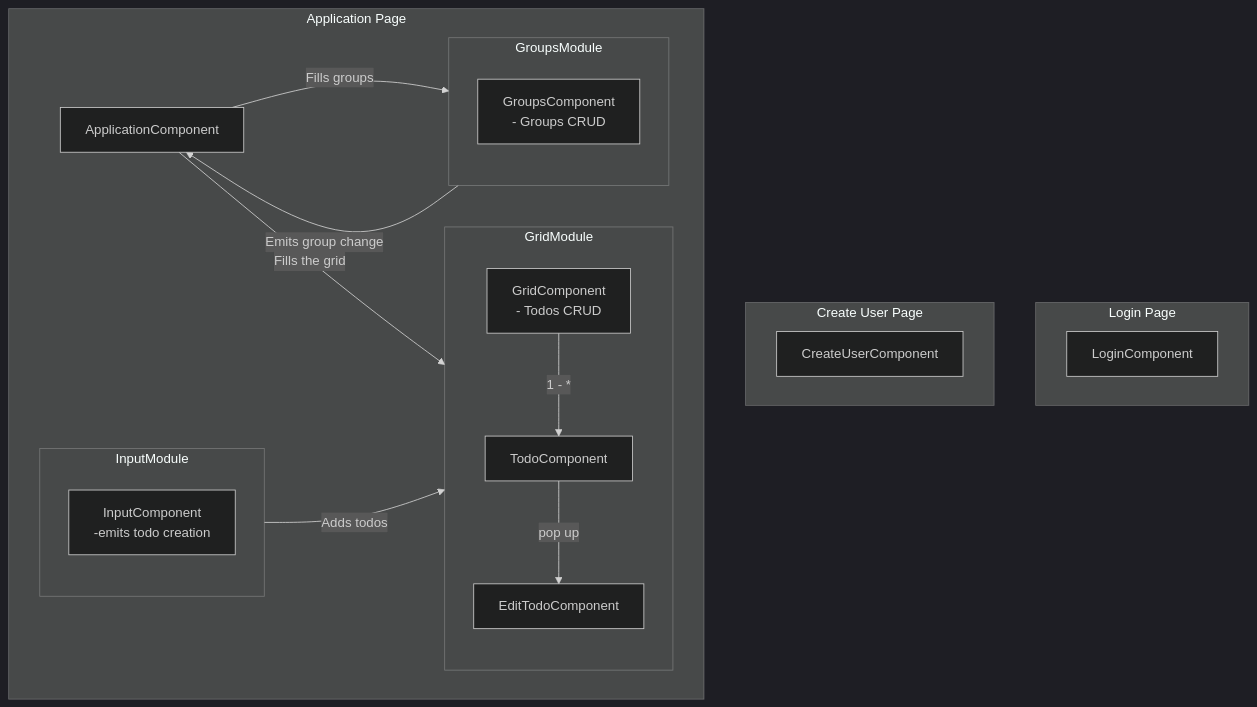
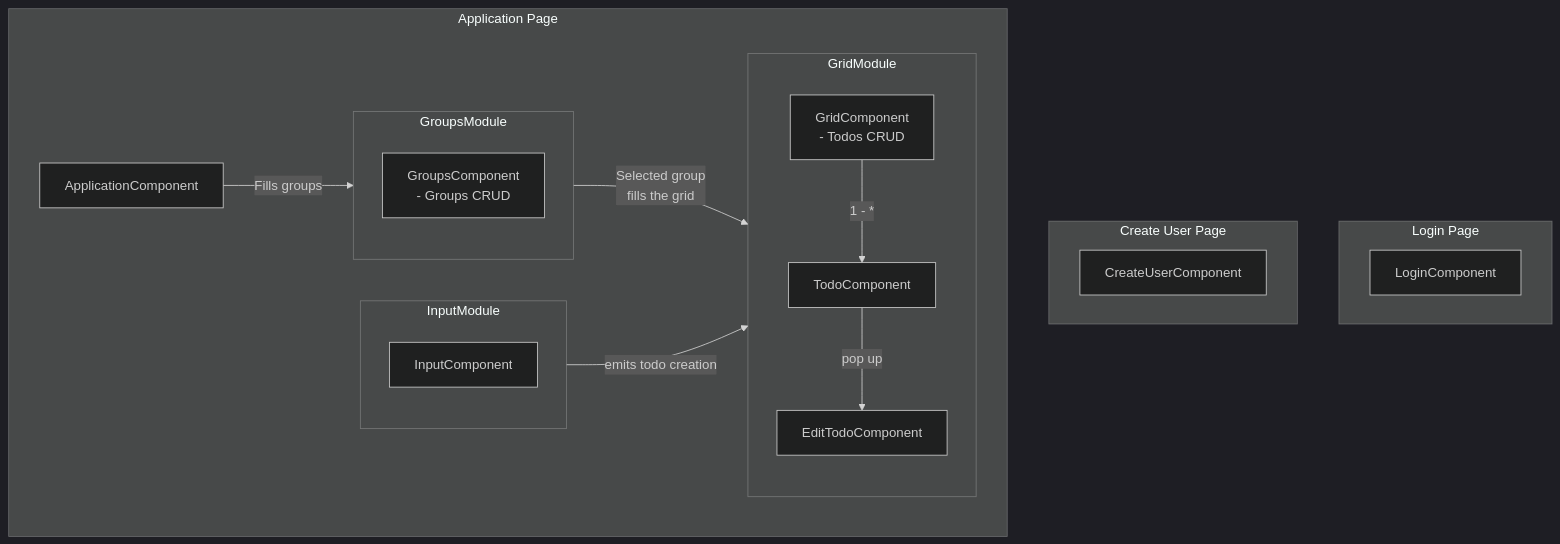
Before and after one commit to Mateus-Mannes/TodoWebApp: the diagram in README.md, drawn with Mermaid (dark theme). The commit also changed 1 other file, not shown here.

````diff
--- a/README.md
+++ b/README.md
@@ -13,40 +13,38 @@
 ``` mermaid
 flowchart TB
   subgraph Login Page
     LoginComponent
   end
 
   subgraph Create User Page
     CreateUserComponent
   end
 
   subgraph Application Page
     
     ApplicationComponent
     
     subgraph GroupsModule
       GroupsComponent[GroupsComponent \n - Groups CRUD]
     end
 
     ApplicationComponent -- Fills groups --> GroupsModule
 
-    GroupsModule -- Emits group change --> ApplicationComponent
-
     subgraph GridModule
       GridComponent[GridComponent \n - Todos CRUD]
       -- 1 - * -->
       TodoComponent
 
       TodoComponent -- pop up -->EditTodoComponent
     end
 
-    ApplicationComponent -- Fills the grid --> GridModule
+    GroupsModule -- Selected group \nfills the grid --> GridModule
 
     subgraph InputModule
-      InputComponent[InputComponent \n -emits todo creation]
+      InputComponent[InputComponent]
     end
 
-    InputModule -- Adds todos --> GridModule
+    InputModule -- emits todo creation --> GridModule
 
   end
 ```
````
